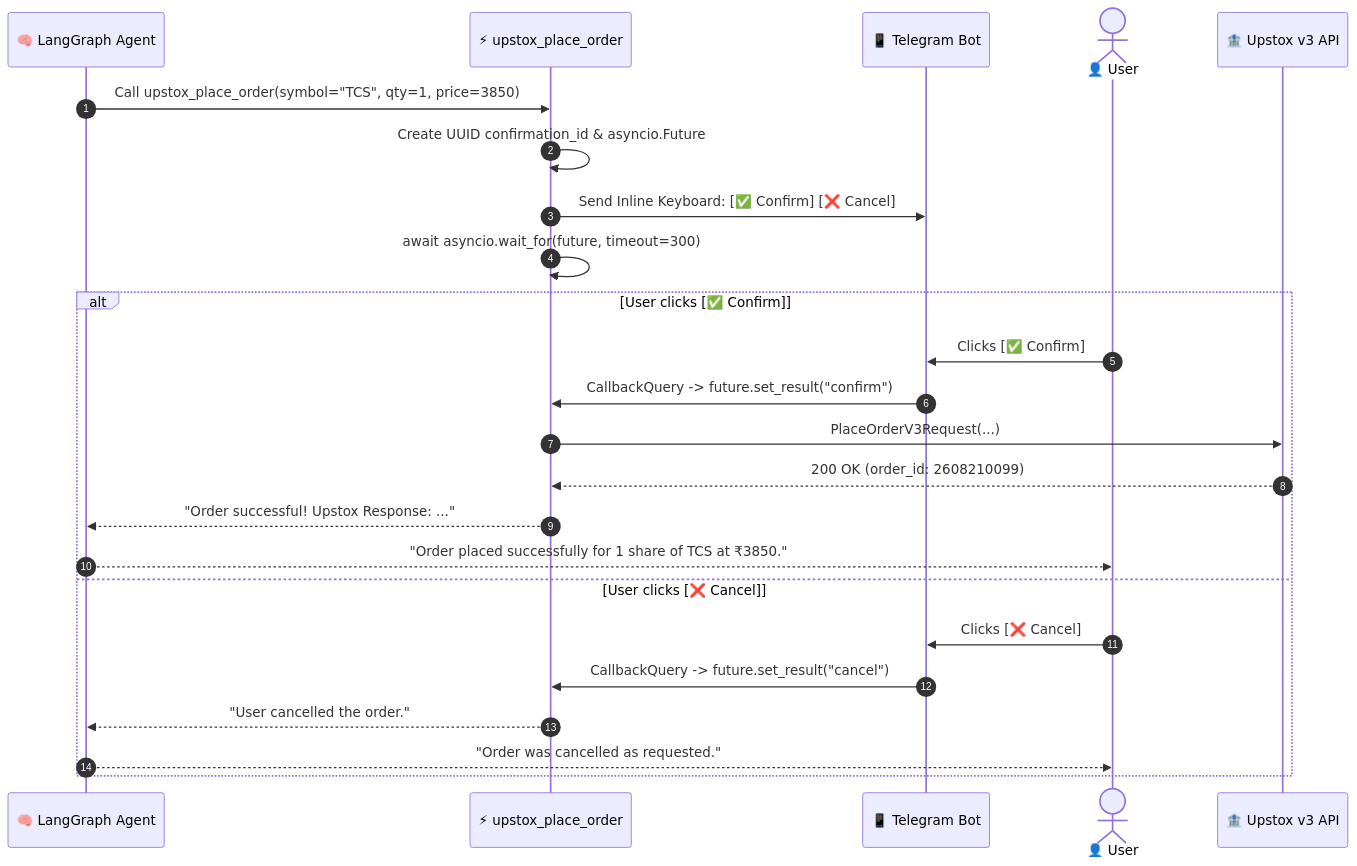
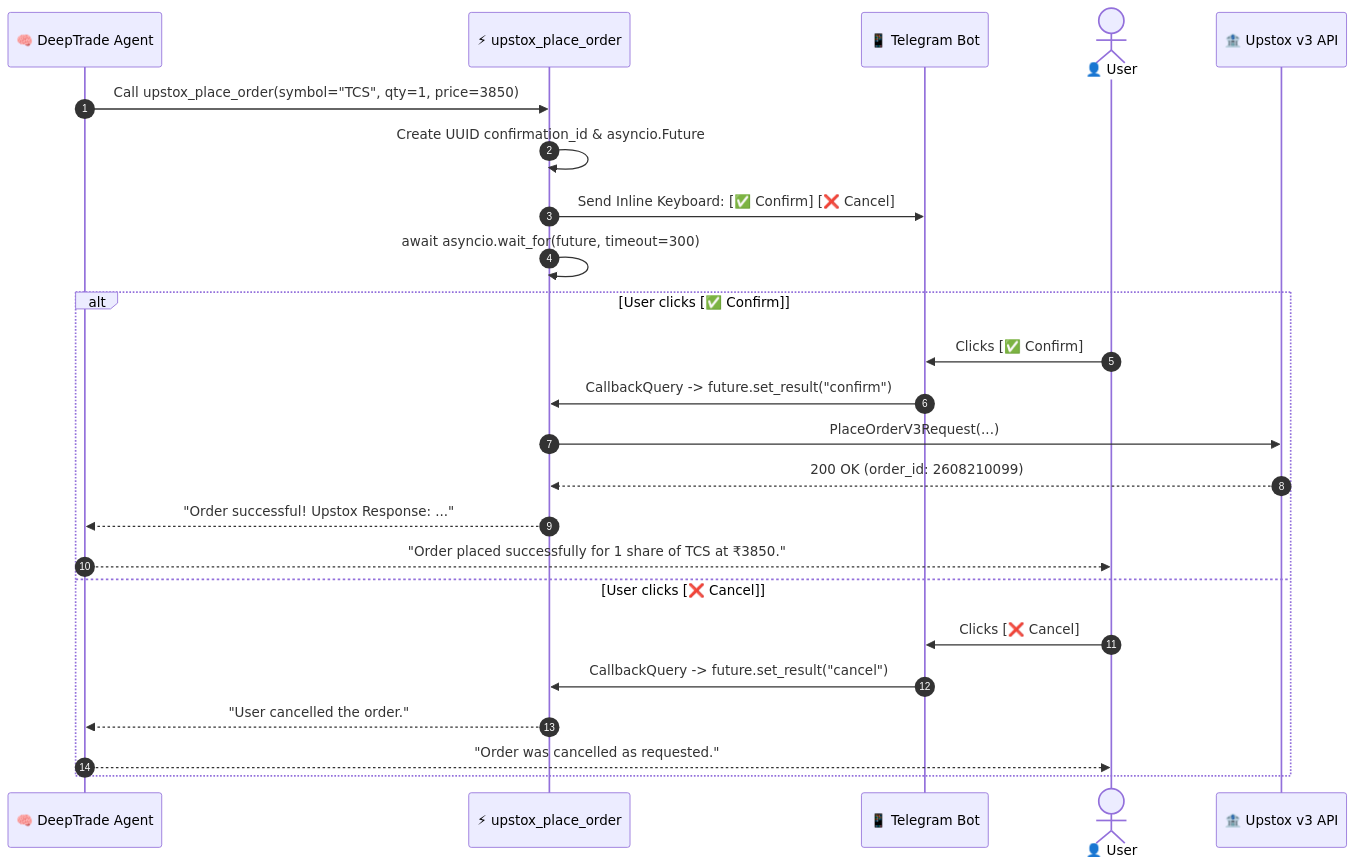
The second of 3 diagrams in upstox_tools_and_subagents.md (Anshu666666/deepTrade), drawn with Mermaid before and after one commit. The commit also changed other lines of this file and 2 other files, not shown here.

Commit message:
docs: clarify single DeepAgent architecture with progressive skills and unified tools

````diff
--- a/upstox_tools_and_subagents.md
+++ b/upstox_tools_and_subagents.md
@@ -94,28 +91,28 @@
 ```mermaid
 sequenceDiagram
     autonumber
-    participant LLM as 🧠 LangGraph Agent
+    participant Agent as 🧠 DeepTrade Agent
     participant Tool as ⚡ upstox_place_order
     participant TG as 📱 Telegram Bot
     actor Trader as 👤 User
     participant Upstox as 🏦 Upstox v3 API
 
-    LLM->>Tool: Call upstox_place_order(symbol="TCS", qty=1, price=3850)
+    Agent->>Tool: Call upstox_place_order(symbol="TCS", qty=1, price=3850)
     Tool->>Tool: Create UUID confirmation_id & asyncio.Future
     Tool->>TG: Send Inline Keyboard: [✅ Confirm] [❌ Cancel]
     Tool->>Tool: await asyncio.wait_for(future, timeout=300)
     
     alt User clicks [✅ Confirm]
         Trader->>TG: Clicks [✅ Confirm]
         TG->>Tool: CallbackQuery -> future.set_result("confirm")
         Tool->>Upstox: PlaceOrderV3Request(...)
         Upstox-->>Tool: 200 OK (order_id: 2608210099)
-        Tool-->>LLM: "Order successful! Upstox Response: ..."
-        LLM-->>Trader: "Order placed successfully for 1 share of TCS at ₹3850."
+        Tool-->>Agent: "Order successful! Upstox Response: ..."
+        Agent-->>Trader: "Order placed successfully for 1 share of TCS at ₹3850."
     else User clicks [❌ Cancel]
         Trader->>TG: Clicks [❌ Cancel]
         TG->>Tool: CallbackQuery -> future.set_result("cancel")
-        Tool-->>LLM: "User cancelled the order."
-        LLM-->>Trader: "Order was cancelled as requested."
+        Tool-->>Agent: "User cancelled the order."
+        Agent-->>Trader: "Order was cancelled as requested."
     end
 ```
````
